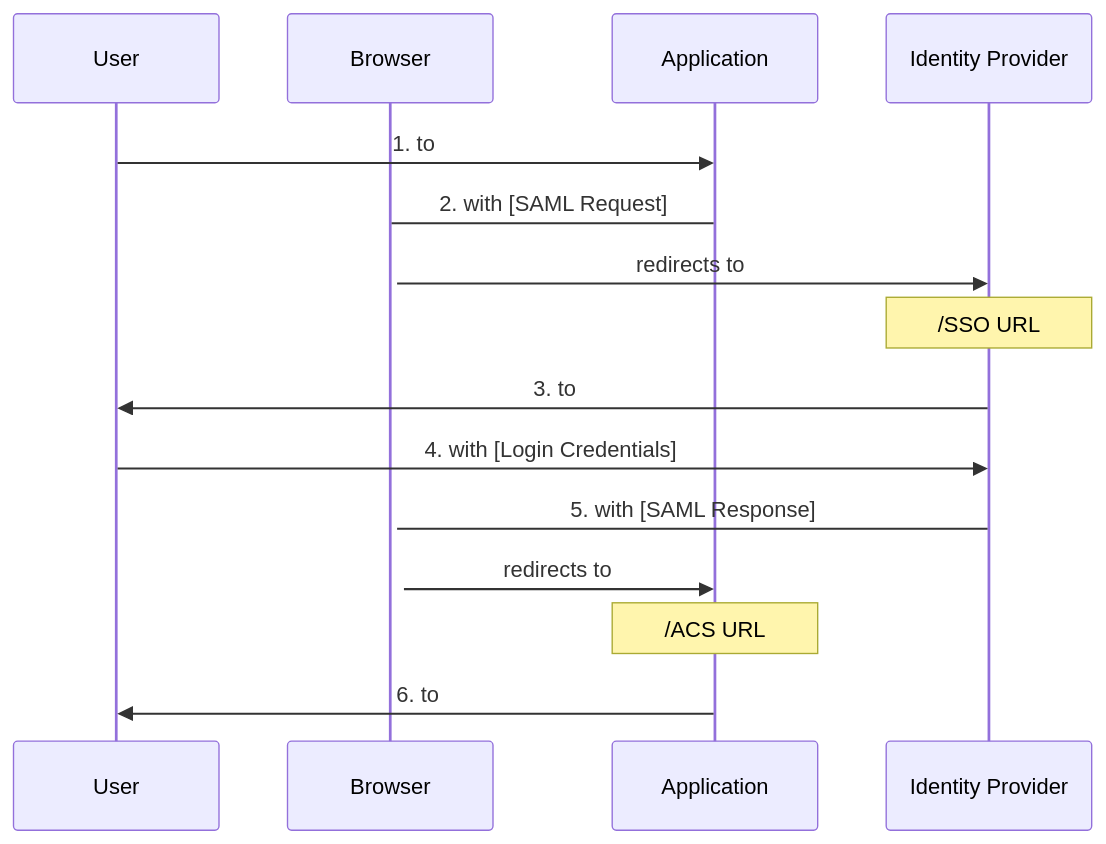
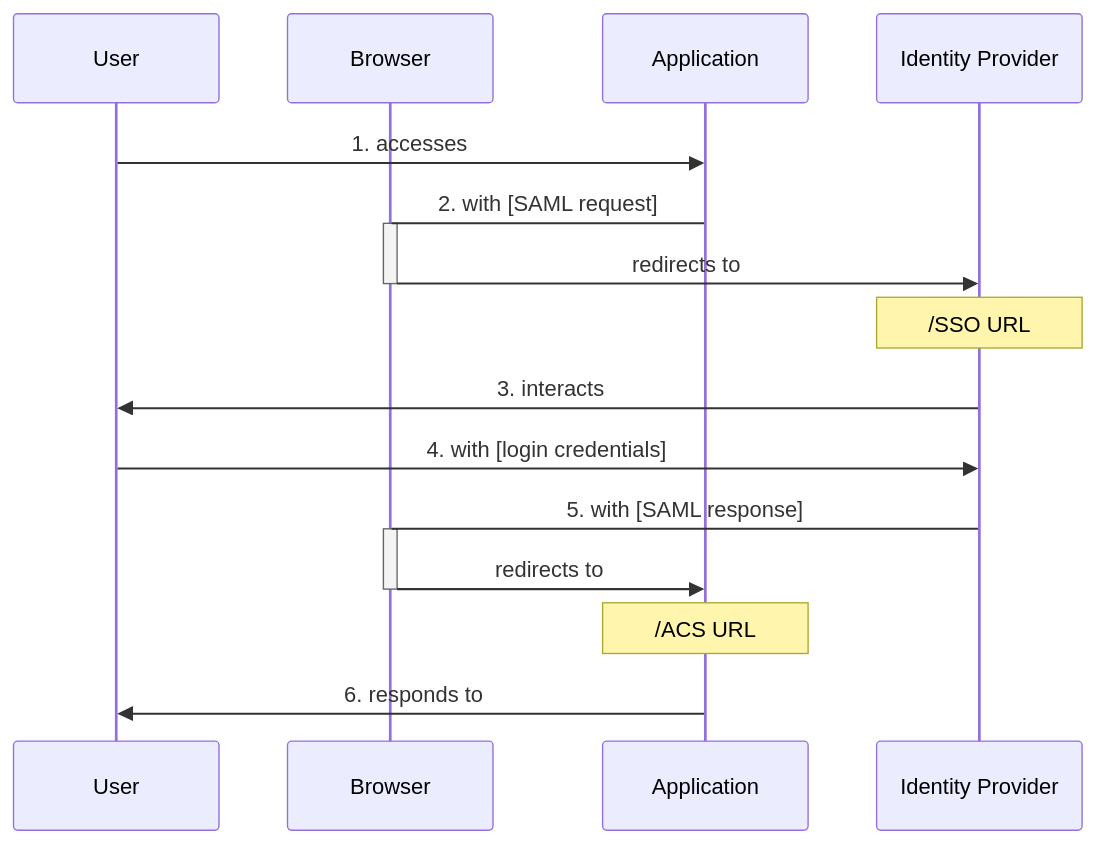
The third of 3 diagrams in posts/sso-auth/README.md (Octobug/blog), drawn with Mermaid before and after one commit. The commit also changed other lines of this file, not shown here.

Commit message:
posts(orca): flow diagrams

````diff
--- a/posts/sso-auth/README.md
+++ b/posts/sso-auth/README.md
@@ -162,26 +159,28 @@
 ```mermaid
 sequenceDiagram
 
 participant User
 participant Browser
 participant Application
 participant Identity Provider
 
-User->>Application: 1. to
+User->>Application: 1. accesses
 
-Application->Browser: 2. with [SAML Request]
+Application->Browser: 2. with [SAML request]
 Activate Browser
 Browser->>Identity Provider: redirects to
+Deactivate Browser
 Note over Identity Provider: /SSO URL
 
-Identity Provider->>User: 3. to
+Identity Provider->>User: 3. interacts
 
-User->>Identity Provider: 4. with [Login Credentials]
+User->>Identity Provider: 4. with [login credentials]
 
-Identity Provider->Browser: 5. with [SAML Response]
+Identity Provider->Browser: 5. with [SAML response]
 Activate Browser
 Browser->>Application: redirects to
+Deactivate Browser
 Note over Application: /ACS URL
 
-Application->>User: 6. to
+Application->>User: 6. responds to
 ```
````
